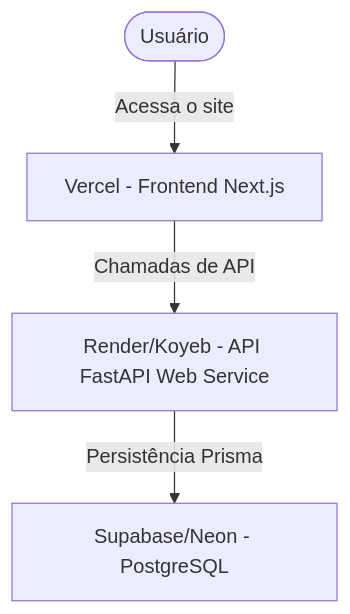
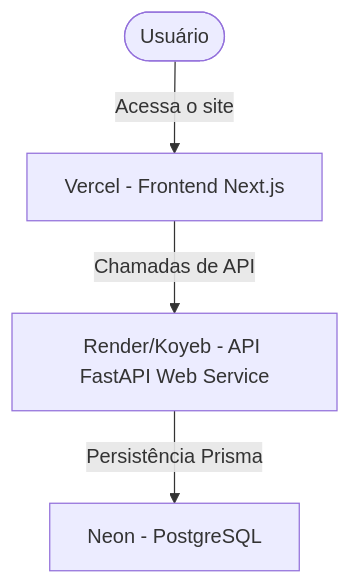
The first of 2 diagrams in docs/dev/deploy.md (unb-mds/2026-1-Squad07), drawn with Mermaid before and after one commit. The commit also changed other lines of this file and 1 other file, not shown here.

Commit message:
hotfix: altera de supabase para neon

````diff
--- a/docs/dev/deploy.md
+++ b/docs/dev/deploy.md
@@ -19,6 +19,6 @@
 ```mermaid
 graph TD
     User([Usuário]) -->|Acessa o site| Frontend[Vercel - Frontend Next.js]
     Frontend -->|Chamadas de API| Backend[Render/Koyeb - API FastAPI Web Service]
-    Backend -->|Persistência Prisma| DB[Supabase/Neon - PostgreSQL]
+    Backend -->|Persistência Prisma| DB[Neon - PostgreSQL]
 ```
````
